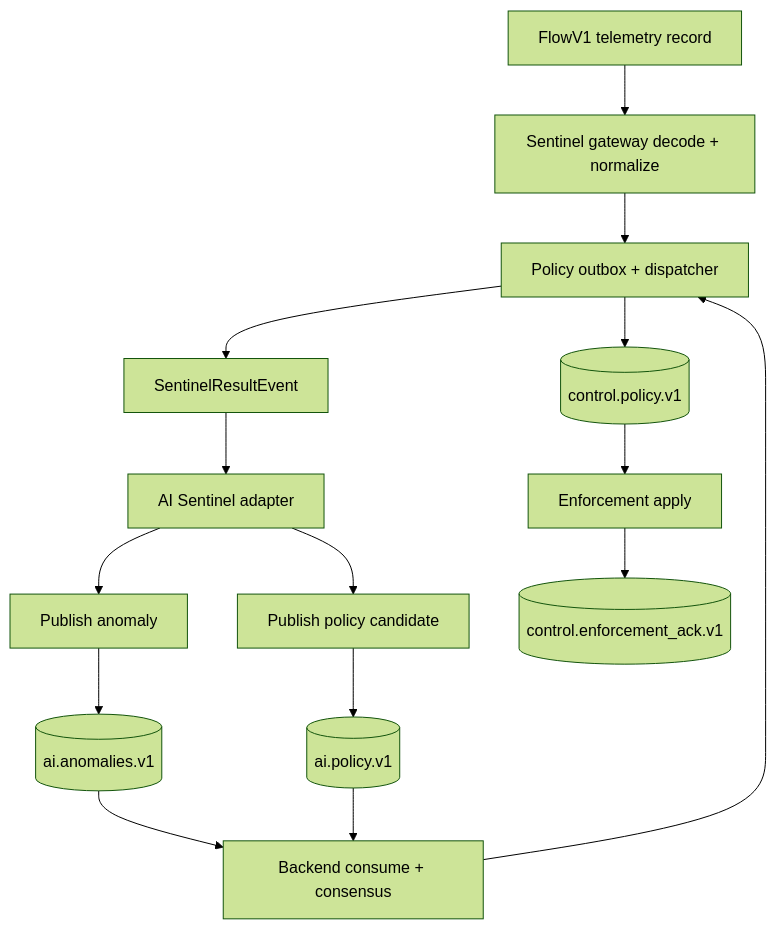
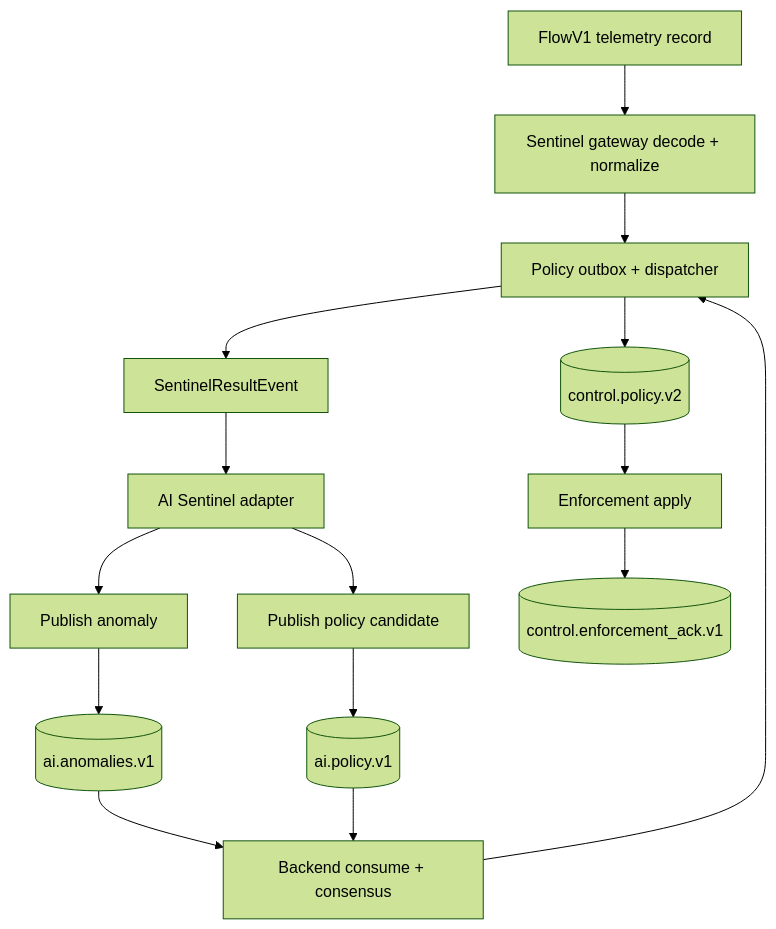
Before and after one commit to EveShark/CyberMesh: the second of 3 diagrams in docs/architecture/13_sentinel_integration.md, drawn with Mermaid (forest theme). The commit also changed other lines of this file and 35 other files, not shown here.

Commit message:
Migrate control policy runtime and signing to v2

````diff
--- a/docs/architecture/13_sentinel_integration.md
+++ b/docs/architecture/13_sentinel_integration.md
@@ -70,17 +70,17 @@
 ```mermaid
 flowchart TB
     F[FlowV1 telemetry record] --> G[Sentinel gateway decode + normalize]
     G --> O[Sentinel orchestrator analyze_event]
     O --> V[SentinelResultEvent]
     V --> A[AI Sentinel adapter]
     A --> P1[Publish anomaly]
     A --> P2[Publish policy candidate]
     P1 --> K1[(ai.anomalies.v1)]
     P2 --> K2[(ai.policy.v1)]
     K1 --> B[Backend consume + consensus]
     K2 --> B
     B --> O[Policy outbox + dispatcher]
-    O --> K3[(control.policy.v1)]
+    O --> K3[(control.policy.v2)]
     K3 --> E[Enforcement apply]
     E --> K4[(control.enforcement_ack.v1)]
 ```
````
